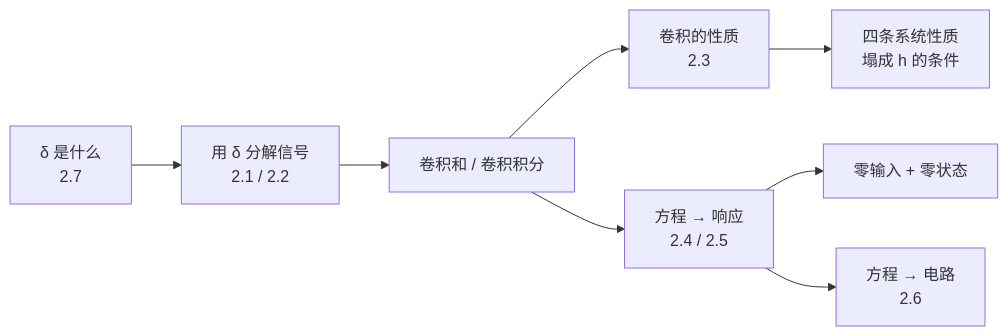
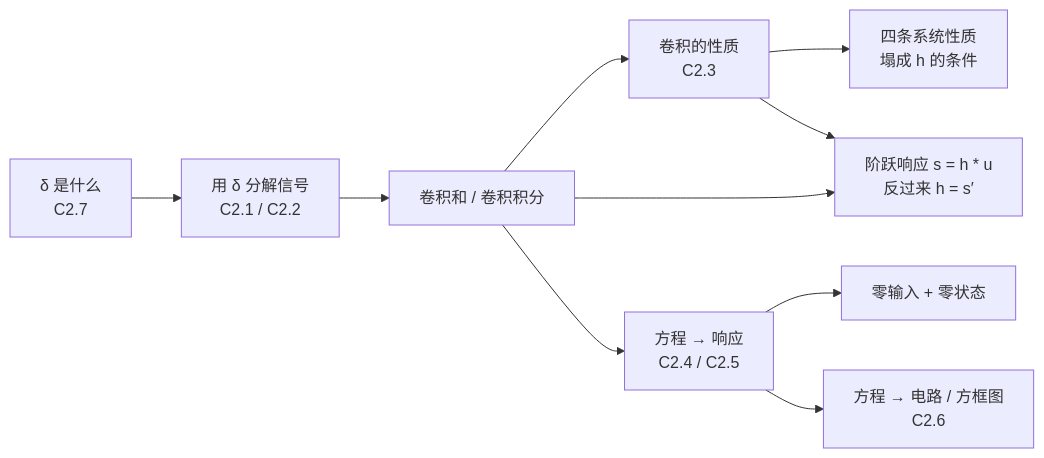
Before and after one commit to KayeAdams515/ClaudeNotes: the third of 3 diagrams in 信号与系统/C2.7 奇异函数.md, drawn with Mermaid. The commit also changed other lines of this file and 23 other files, not shown here.

````diff
--- a/信号与系统/C2.7 奇异函数.md
+++ b/信号与系统/C2.7 奇异函数.md
@@ -237,10 +316,12 @@
 ```mermaid
 flowchart LR
-    A["δ 是什么<br/>2.7"] --> B["用 δ 分解信号<br/>2.1 / 2.2"]
+    A["δ 是什么<br/>C2.7"] --> B["用 δ 分解信号<br/>C2.1 / C2.2"]
     B --> C["卷积和 / 卷积积分"]
-    C --> D["卷积的性质<br/>2.3"]
+    C --> D["卷积的性质<br/>C2.3"]
     D --> E["四条系统性质<br/>塌成 h 的条件"]
-    C --> F["方程 → 响应<br/>2.4 / 2.5"]
+    C --> F["方程 → 响应<br/>C2.4 / C2.5"]
     F --> G["零输入 + 零状态"]
-    F --> H["方程 → 电路<br/>2.6"]
+    F --> H["方程 → 电路 / 方框图<br/>C2.6"]
+    D --> I["阶跃响应 s = h * u<br/>反过来 h = s′"]
+    C --> I
 ```
````
